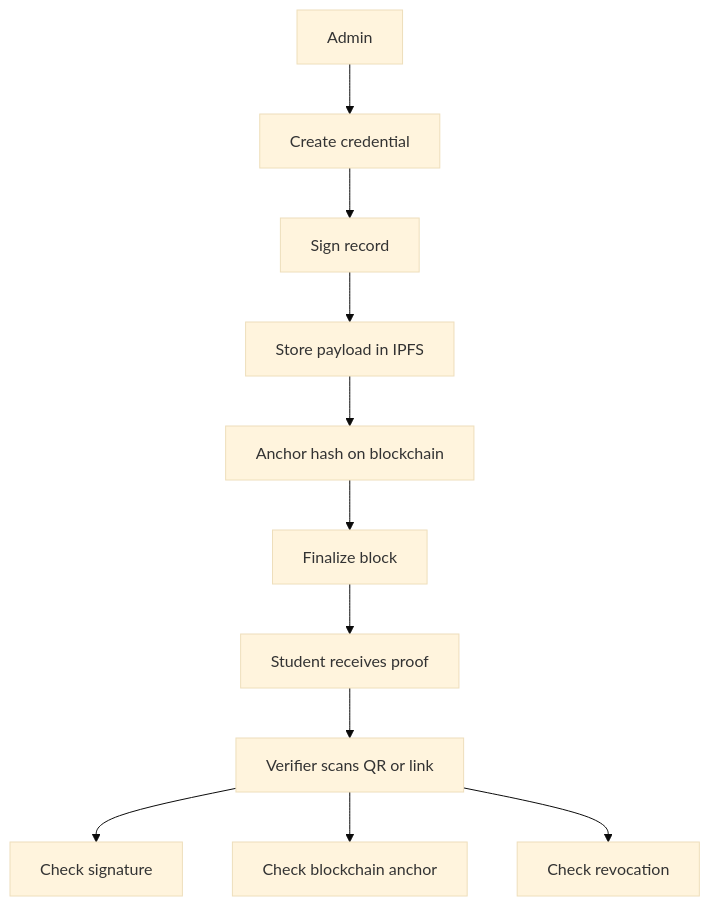
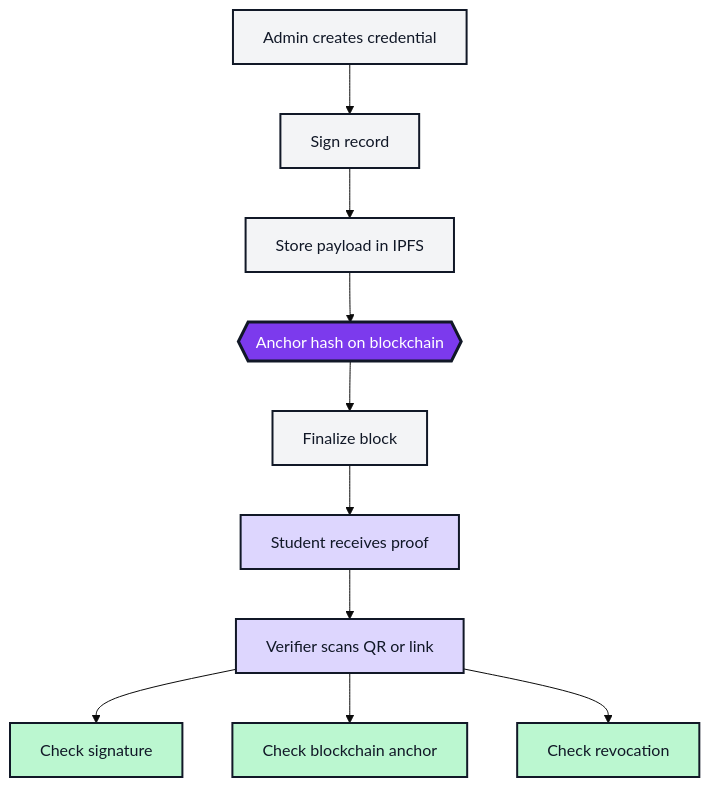
One commit to udaycodespace/credify changed the second of 3 diagrams in README.md. Above: the diagram before and after it, drawn with Mermaid (base theme). The commit also changed other lines of this file, not shown here.

````diff
--- a/README.md
+++ b/README.md
@@ -90,13 +61,17 @@
 ```mermaid
 flowchart TD
-    A[Admin] --> B[Create credential]
-    B --> C[Sign record]
-    C --> D[Store payload in IPFS]
-    D --> E[Anchor hash on blockchain]
-    E --> F[Finalize block]
-    F --> G[Student receives proof]
-    G --> H[Verifier scans QR or link]
-    H --> I[Check signature]
-    H --> J[Check blockchain anchor]
-    H --> K[Check revocation]
+    A[Admin creates credential]:::step --> B[Sign record]:::step
+    B --> C[Store payload in IPFS]:::step
+    C --> D{{Anchor hash on blockchain}}:::hub
+    D --> E[Finalize block]:::step
+    E --> F[Student receives proof]:::good
+    F --> G[Verifier scans QR or link]:::good
+    G --> H[Check signature]:::done
+    G --> I[Check blockchain anchor]:::done
+    G --> J[Check revocation]:::done
+
+    classDef step fill:#f3f4f6,stroke:#111827,color:#111827,stroke-width:2px
+    classDef hub fill:#7c3aed,stroke:#111827,color:#ffffff,stroke-width:3px
+    classDef good fill:#ddd6fe,stroke:#111827,color:#111827,stroke-width:2px
+    classDef done fill:#bbf7d0,stroke:#111827,color:#111827,stroke-width:2px
 ```
````
